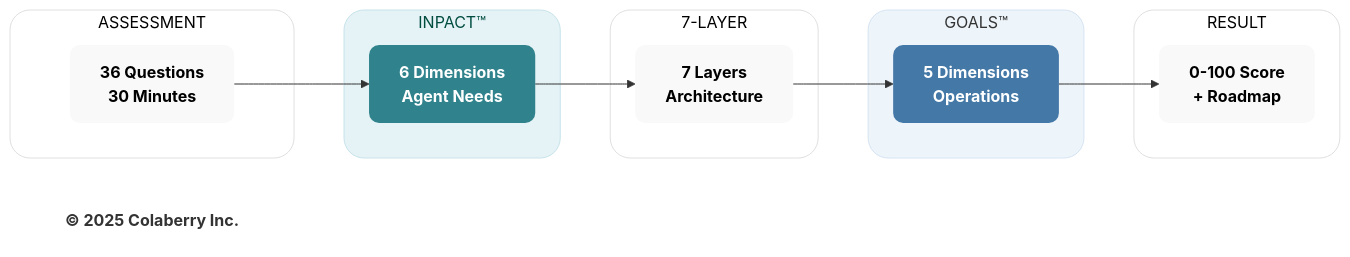
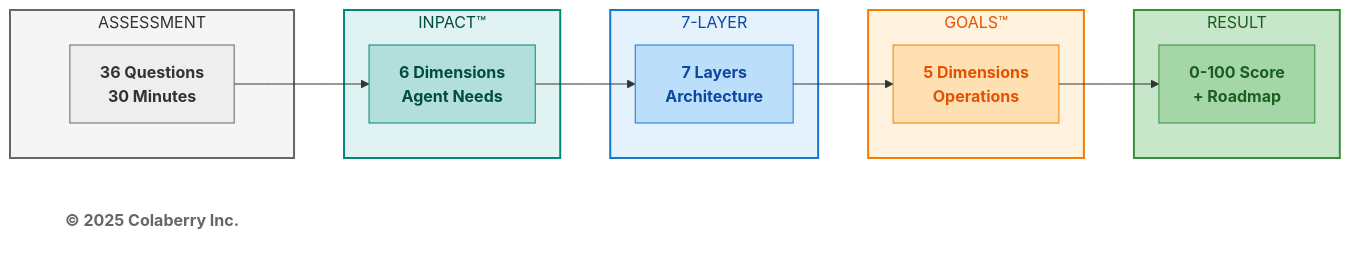
One commit to saitejesh-cyber/trust-before-intelligence-book changed the second of 6 diagrams in manuscript/10_chapter_9_measuring_agent_readiness.md. Above: the diagram before and after it, drawn with Mermaid. The commit also changed other lines of this file and 12 other files, not shown here.

Commit message:
Restore legacy Mermaid styles for Option 1

````diff
--- a/manuscript/10_chapter_9_measuring_agent_readiness.md
+++ b/manuscript/10_chapter_9_measuring_agent_readiness.md
@@ -88,38 +88,38 @@
 ```mermaid
 graph LR
     subgraph ASSESS["ASSESSMENT"]
         A1["<b>36 Questions</b><br/><b>30 Minutes</b>"]
     end
     
     subgraph INPACT["INPACT™"]
         I1["<b>6 Dimensions</b><br/><b>Agent Needs</b>"]
     end
     
     subgraph ARCH["7-LAYER"]
         A2["<b>7 Layers</b><br/><b>Architecture</b>"]
     end
     
     subgraph GOALS["GOALS™"]
         G1["<b>5 Dimensions</b><br/><b>Operations</b>"]
     end
     
     subgraph RESULT["RESULT"]
         R1["<b>0-100 Score</b><br/><b>+ Roadmap</b>"]
     end
     
     A1 --> I1 --> A2 --> G1 --> R1
     
     Copyright["<b>© 2025 Colaberry Inc.</b>"]
     
-    style ASSESS fill:#ffffff,stroke:#e0e0e0,stroke-width:1px,color:#000000,rx:20,ry:20
-    style INPACT fill:#e6f3f6,stroke:#c7e3ea,stroke-width:1px,color:#004d40,rx:20,ry:20
-    style ARCH fill:#ffffff,stroke:#e0e0e0,stroke-width:1px,color:#000000,rx:20,ry:20
-    style GOALS fill:#edf4fa,stroke:#d6e4f2,stroke-width:1px,color:#333333,rx:20,ry:20
-    style RESULT fill:#ffffff,stroke:#e0e0e0,stroke-width:1px,color:#000000,rx:20,ry:20
-    style A1 fill:#f9f9f9,stroke:none,color:#000000,rx:10,ry:10
-    style I1 fill:#30838C,stroke:none,color:#ffffff,rx:10,ry:10
-    style A2 fill:#f9f9f9,stroke:none,color:#000000,rx:10,ry:10
-    style G1 fill:#4478A6,stroke:none,color:#ffffff,rx:10,ry:10
-    style R1 fill:#f9f9f9,stroke:none,color:#000000,rx:10,ry:10
-    style Copyright fill:none,stroke:none,color:#333333
+    style ASSESS fill:#f5f5f5,stroke:#666666,stroke-width:2px,color:#333333
+    style INPACT fill:#e0f2f1,stroke:#00897b,stroke-width:2px,color:#004d40
+    style ARCH fill:#e3f2fd,stroke:#1976d2,stroke-width:2px,color:#0d47a1
+    style GOALS fill:#fff3e0,stroke:#f57c00,stroke-width:2px,color:#e65100
+    style RESULT fill:#c8e6c9,stroke:#388e3c,stroke-width:2px,color:#1b5e20
+    style A1 fill:#eeeeee,stroke:#666666,color:#333333
+    style I1 fill:#b2dfdb,stroke:#00897b,color:#004d40
+    style A2 fill:#bbdefb,stroke:#1976d2,color:#0d47a1
+    style G1 fill:#ffe0b2,stroke:#f57c00,color:#e65100
+    style R1 fill:#a5d6a7,stroke:#388e3c,color:#1b5e20
+    style Copyright fill:#ffffff,stroke:none,color:#666666
 ```
````
